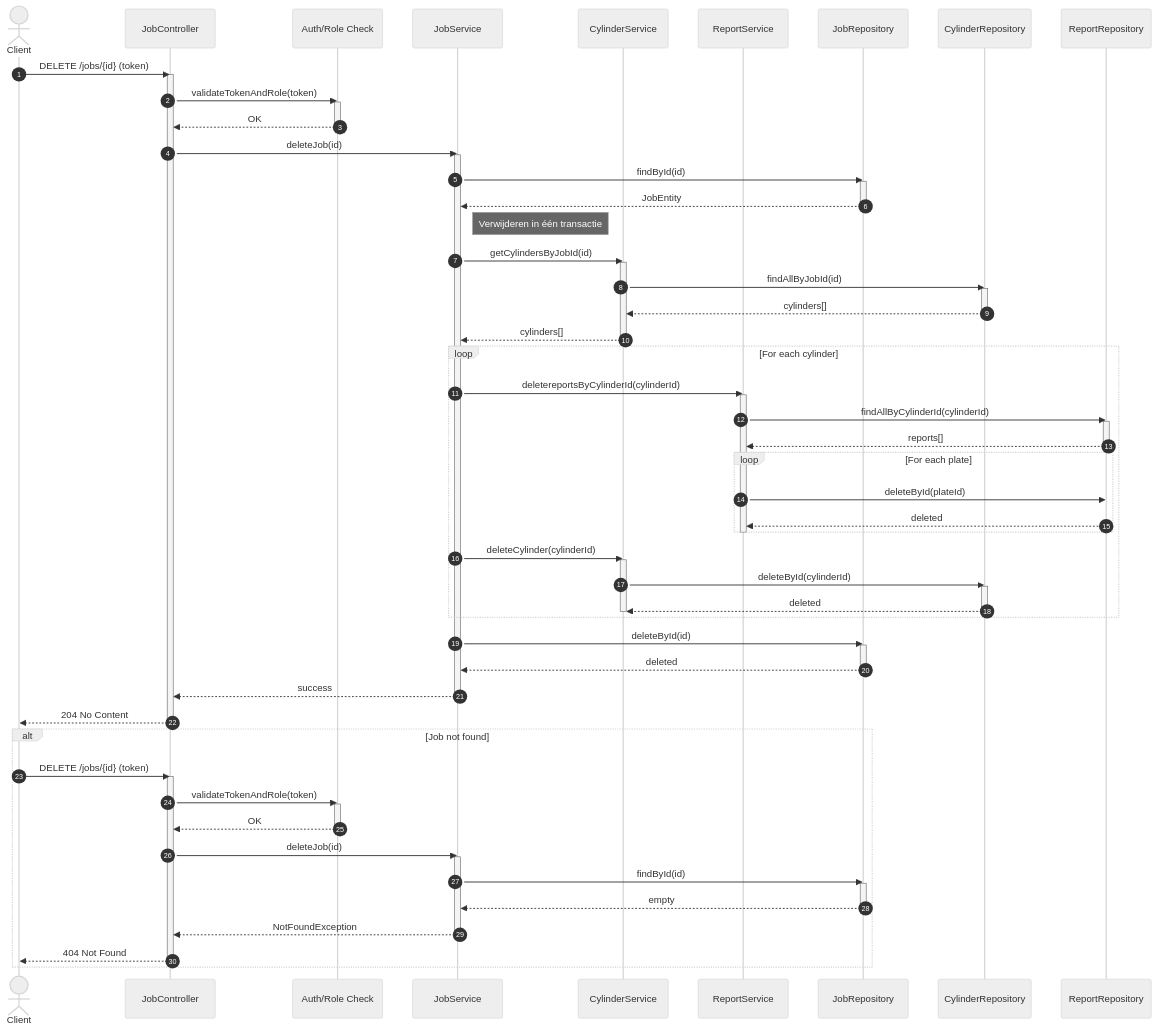
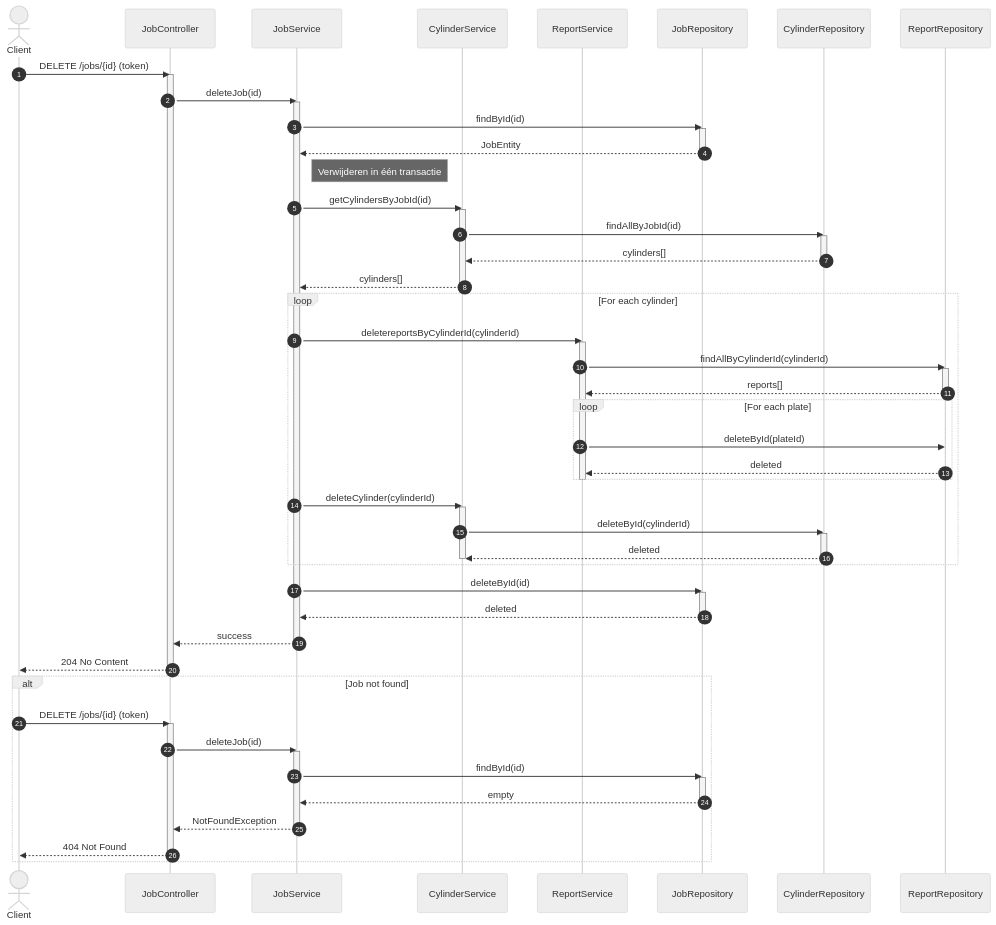
One commit to Th3Bl0ndG0d/WBJE_Backend changed the diagram in src/main/java/nl/avflexologic/wbje/classDiagram/sequenceDiagram_DeleteJob.MMD. Above: the diagram before and after it, drawn with Mermaid (neutral theme). The commit also changed 11 other files, not shown here.

```diff
--- a/src/main/java/nl/avflexologic/wbje/classDiagram/sequenceDiagram_DeleteJob.MMD
+++ b/src/main/java/nl/avflexologic/wbje/classDiagram/sequenceDiagram_DeleteJob.MMD
@@ -1,106 +1,96 @@
 sequenceDiagram
     autonumber
 
     actor Client
     participant JobController
-    participant AuthFilter as Auth/Role Check
     participant JobService
     participant CylinderService
     participant ReportService
     participant JobRepository
     participant CylinderRepository
     participant ReportRepository
 
 %% ========================
 %% 1) Happy flow
 %% ========================
     Client->>JobController: DELETE /jobs/{id} (token)
     activate JobController
 
-    JobController->>AuthFilter: validateTokenAndRole(token)
-    activate AuthFilter
-    AuthFilter-->>JobController: OK
-    deactivate AuthFilter
 
     JobController->>JobService: deleteJob(id)
     activate JobService
 
     JobService->>JobRepository: findById(id)
     activate JobRepository
     JobRepository-->>JobService: JobEntity
     deactivate JobRepository
 
     Note right of JobService: Verwijderen in één transactie
 
     JobService->>CylinderService: getCylindersByJobId(id)
     activate CylinderService
     CylinderService->>CylinderRepository: findAllByJobId(id)
     activate CylinderRepository
     CylinderRepository-->>CylinderService: cylinders[]
     deactivate CylinderRepository
     CylinderService-->>JobService: cylinders[]
     deactivate CylinderService
 
     loop For each cylinder
         JobService->>ReportService: deletereportsByCylinderId(cylinderId)
         activate ReportService
 
         ReportService->>ReportRepository: findAllByCylinderId(cylinderId)
         activate ReportRepository
         ReportRepository-->>ReportService: reports[]
         deactivate ReportRepository
 
         loop For each plate
             ReportService->>ReportRepository: deleteById(plateId)
             ReportRepository-->>ReportService: deleted
         end
 
         deactivate ReportService
 
         JobService->>CylinderService: deleteCylinder(cylinderId)
         activate CylinderService
         CylinderService->>CylinderRepository: deleteById(cylinderId)
         activate CylinderRepository
         CylinderRepository-->>CylinderService: deleted
         deactivate CylinderRepository
         deactivate CylinderService
     end
 
     JobService->>JobRepository: deleteById(id)
     activate JobRepository
     JobRepository-->>JobService: deleted
     deactivate JobRepository
 
     JobService-->>JobController: success
     deactivate JobService
 
     JobController-->>Client: 204 No Content
     deactivate JobController
 
 
 %% ========================
 %% 2) Alternative flow: Job not found
 %% ========================
     alt Job not found
         Client->>JobController: DELETE /jobs/{id} (token)
         activate JobController
 
-        JobController->>AuthFilter: validateTokenAndRole(token)
-        activate AuthFilter
-        AuthFilter-->>JobController: OK
-        deactivate AuthFilter
-
         JobController->>JobService: deleteJob(id)
         activate JobService
 
         JobService->>JobRepository: findById(id)
         activate JobRepository
         JobRepository-->>JobService: empty
         deactivate JobRepository
 
         JobService-->>JobController: NotFoundException
         deactivate JobService
 
         JobController-->>Client: 404 Not Found
         deactivate JobController
     end
```
